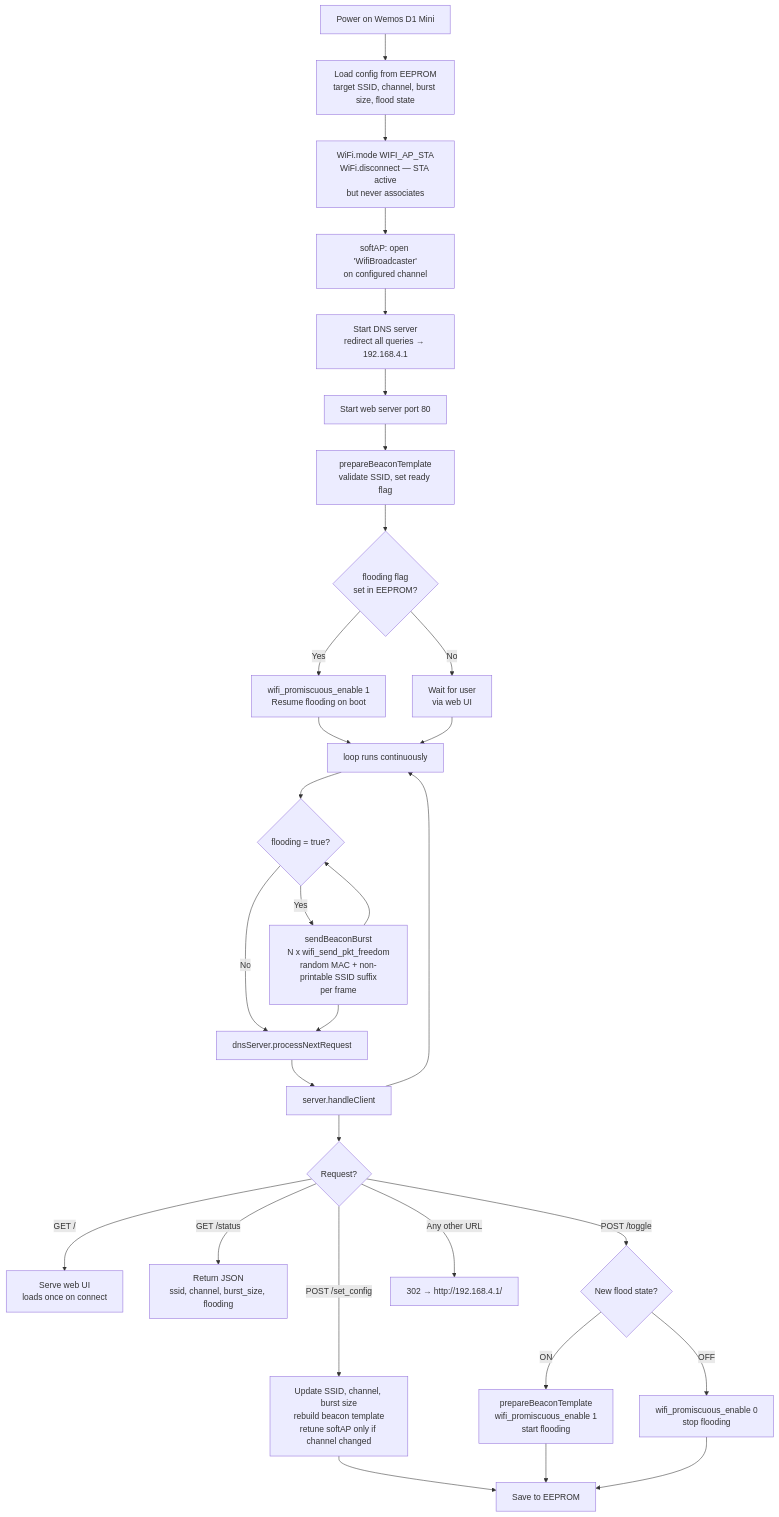
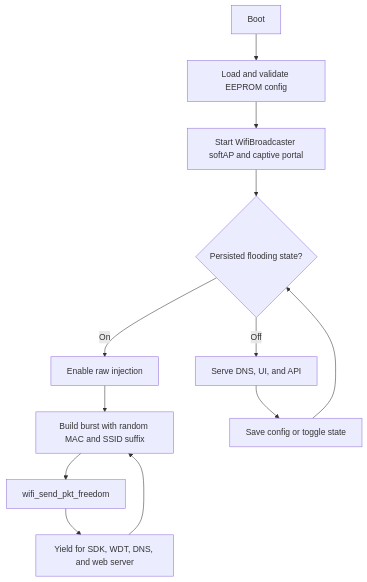
The diagram in README.md (kolec94/wemos-wifi-barodcaster), drawn with Mermaid before and after one commit. The commit also changed other lines of this file and 2 other files, not shown here.

````diff
--- a/README.md
+++ b/README.md
@@ -11,31 +219,14 @@
 ```mermaid
 flowchart TD
-    A[Power on Wemos D1 Mini] --> B[Load config from EEPROM\ntarget SSID, channel, burst size, flood state]
-    B --> C[WiFi.mode WIFI_AP_STA\nWiFi.disconnect — STA active\nbut never associates]
-    C --> D[softAP: open 'WifiBroadcaster'\non configured channel]
-    D --> E[Start DNS server\nredirect all queries → 192.168.4.1]
-    E --> F[Start web server port 80]
-    F --> G[prepareBeaconTemplate\nvalidate SSID, set ready flag]
-    G --> H{flooding flag\nset in EEPROM?}
-    H -->|Yes| I[wifi_promiscuous_enable 1\nResume flooding on boot]
-    H -->|No| J[Wait for user\nvia web UI]
-    I & J --> K[loop runs continuously]
-
-    K --> L{flooding = true?}
-    L -->|Yes| M[sendBeaconBurst\nN x wifi_send_pkt_freedom\nrandom MAC + non-printable SSID suffix\nper frame]
-    M --> L
-    L -->|No| N[dnsServer.processNextRequest]
-    M --> N
-    N --> O[server.handleClient]
-    O --> K
-
-    O --> P{Request?}
-    P -->|GET /| Q[Serve web UI\nloads once on connect]
-    P -->|GET /status| R[Return JSON\nssid, channel, burst_size, flooding]
-    P -->|POST /set_config| S[Update SSID, channel, burst size\nrebuild beacon template\nretune softAP only if channel changed]
-    P -->|POST /toggle| T{New flood state?}
-    T -->|ON| U[prepareBeaconTemplate\nwifi_promiscuous_enable 1\nstart flooding]
-    T -->|OFF| V[wifi_promiscuous_enable 0\nstop flooding]
-    P -->|Any other URL| W[302 → http://192.168.4.1/]
-    S & U & V --> X[Save to EEPROM]
+    A[Boot] --> B[Load and validate EEPROM config]
+    B --> C[Start WifiBroadcaster softAP and captive portal]
+    C --> D{Persisted flooding state?}
+    D -->|Off| E[Serve DNS, UI, and API]
+    D -->|On| F[Enable raw injection]
+    F --> G[Build burst with random MAC and SSID suffix]
+    G --> H[wifi_send_pkt_freedom]
+    H --> I[Yield for SDK, WDT, DNS, and web server]
+    I --> G
+    E --> J[Save config or toggle state]
+    J --> D
 ```
````
